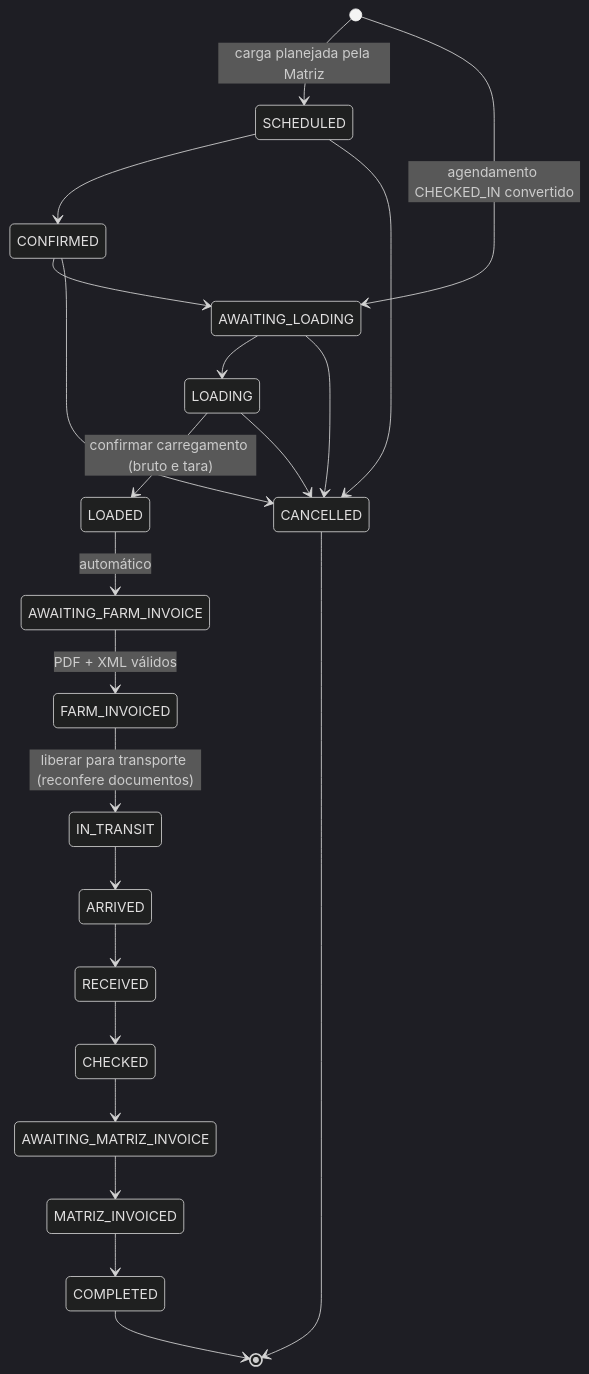
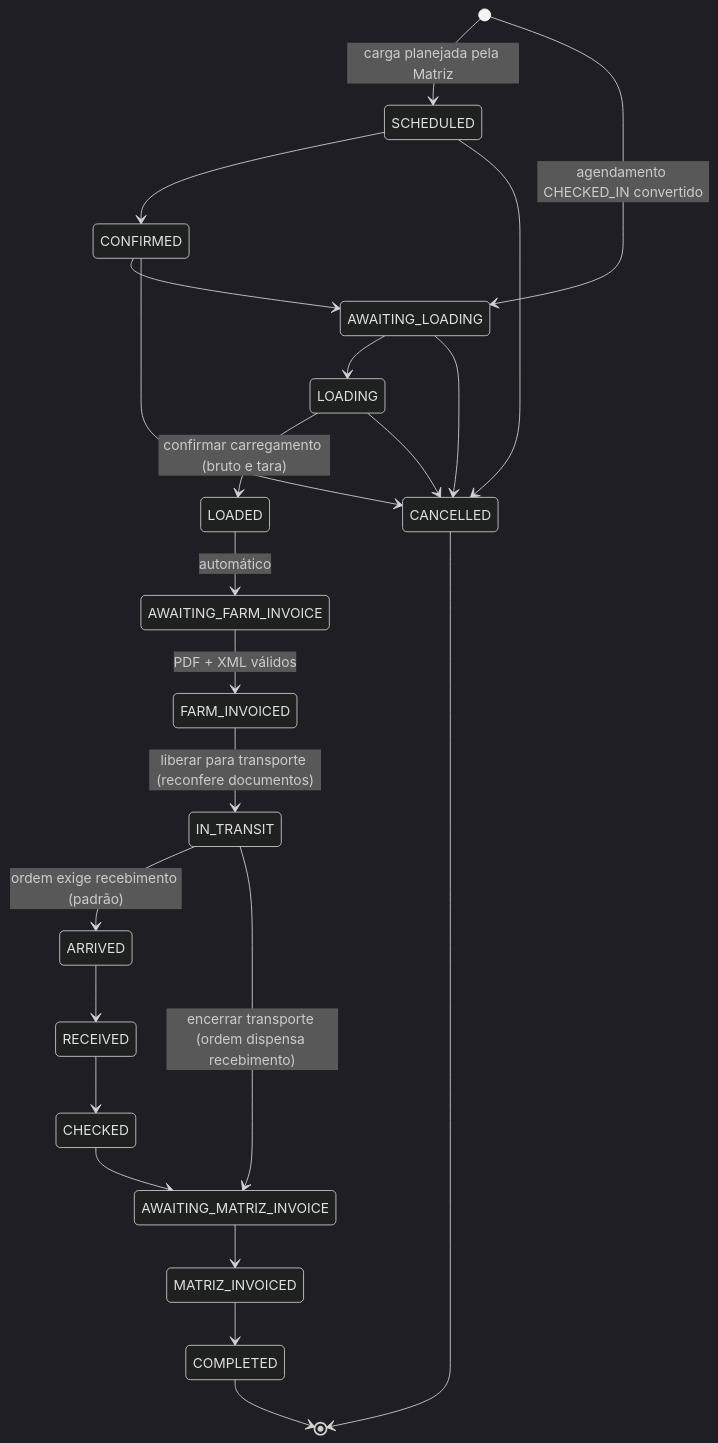
The second of 3 diagrams in docs/state-machines.md (antoniocavali/Ordens_2.0), drawn with Mermaid (dark theme) before and after one commit. The commit also changed other lines of this file and 19 other files, not shown here.

First line of the commit message:
feat(cargas): recebimento no destino opcional por ordem

````diff
--- a/docs/state-machines.md
+++ b/docs/state-machines.md
@@ -57,24 +57,25 @@
 ```mermaid
 stateDiagram-v2
   [*] --> SCHEDULED: carga planejada pela Matriz
   [*] --> AWAITING_LOADING: agendamento CHECKED_IN convertido
   SCHEDULED --> CONFIRMED
   CONFIRMED --> AWAITING_LOADING
   AWAITING_LOADING --> LOADING
   LOADING --> LOADED: confirmar carregamento (bruto e tara)
   LOADED --> AWAITING_FARM_INVOICE: automático
   AWAITING_FARM_INVOICE --> FARM_INVOICED: PDF + XML válidos
   FARM_INVOICED --> IN_TRANSIT: liberar para transporte (reconfere documentos)
-  IN_TRANSIT --> ARRIVED
+  IN_TRANSIT --> ARRIVED: ordem exige recebimento (padrão)
+  IN_TRANSIT --> AWAITING_MATRIZ_INVOICE: encerrar transporte (ordem dispensa recebimento)
   ARRIVED --> RECEIVED
   RECEIVED --> CHECKED
   CHECKED --> AWAITING_MATRIZ_INVOICE
   AWAITING_MATRIZ_INVOICE --> MATRIZ_INVOICED
   MATRIZ_INVOICED --> COMPLETED
   SCHEDULED --> CANCELLED
   CONFIRMED --> CANCELLED
   AWAITING_LOADING --> CANCELLED
   LOADING --> CANCELLED
   COMPLETED --> [*]
   CANCELLED --> [*]
 ```
````
